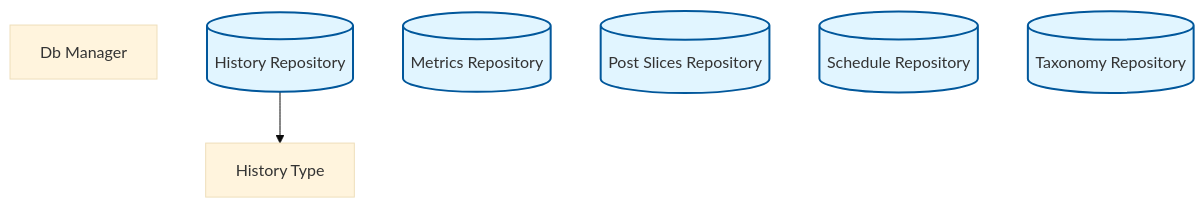
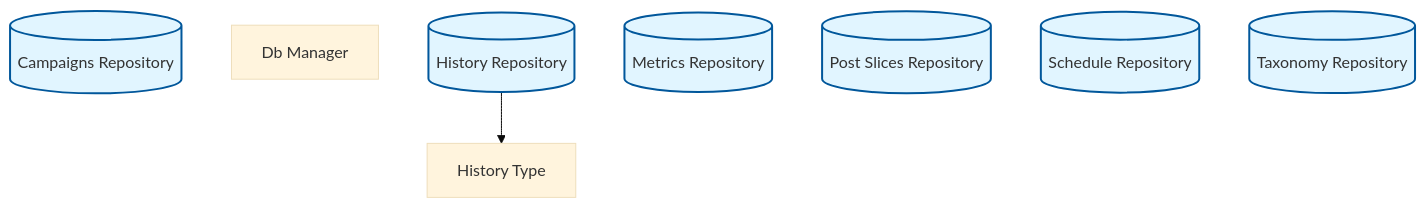
Diagram 15 of 19 in docs/feature-report.md (rpnunez/wp-ai-scheduler), drawn with Mermaid (base theme) before and after one commit. The commit also changed other lines of this file and 1 other file, not shown here.

````diff
--- a/docs/feature-report.md
+++ b/docs/feature-report.md
@@ -795,19 +803,20 @@
 ```mermaid
 flowchart TD
     %% Database & Repositories Architecture
 
+    Campaigns_Repository[("Campaigns Repository")]
     DB_Manager["Db Manager"]
     History_Repository[("History Repository")]
     History_Type["History Type"]
     Metrics_Repository[("Metrics Repository")]
     Post_Slices_Repository[("Post Slices Repository")]
     Schedule_Repository[("Schedule Repository")]
     Taxonomy_Repository[("Taxonomy Repository")]
 
     History_Repository --> History_Type
 
     classDef repository fill:#e1f5ff,stroke:#01579b,stroke-width:2px
     classDef service fill:#fff3e0,stroke:#e65100,stroke-width:2px
     classDef controller fill:#f3e5f5,stroke:#4a148c,stroke-width:2px
-    class History_Repository,Metrics_Repository,Post_Slices_Repository,Schedule_Repository,Taxonomy_Repository repository
+    class Campaigns_Repository,History_Repository,Metrics_Repository,Post_Slices_Repository,Schedule_Repository,Taxonomy_Repository repository
 ```
````
